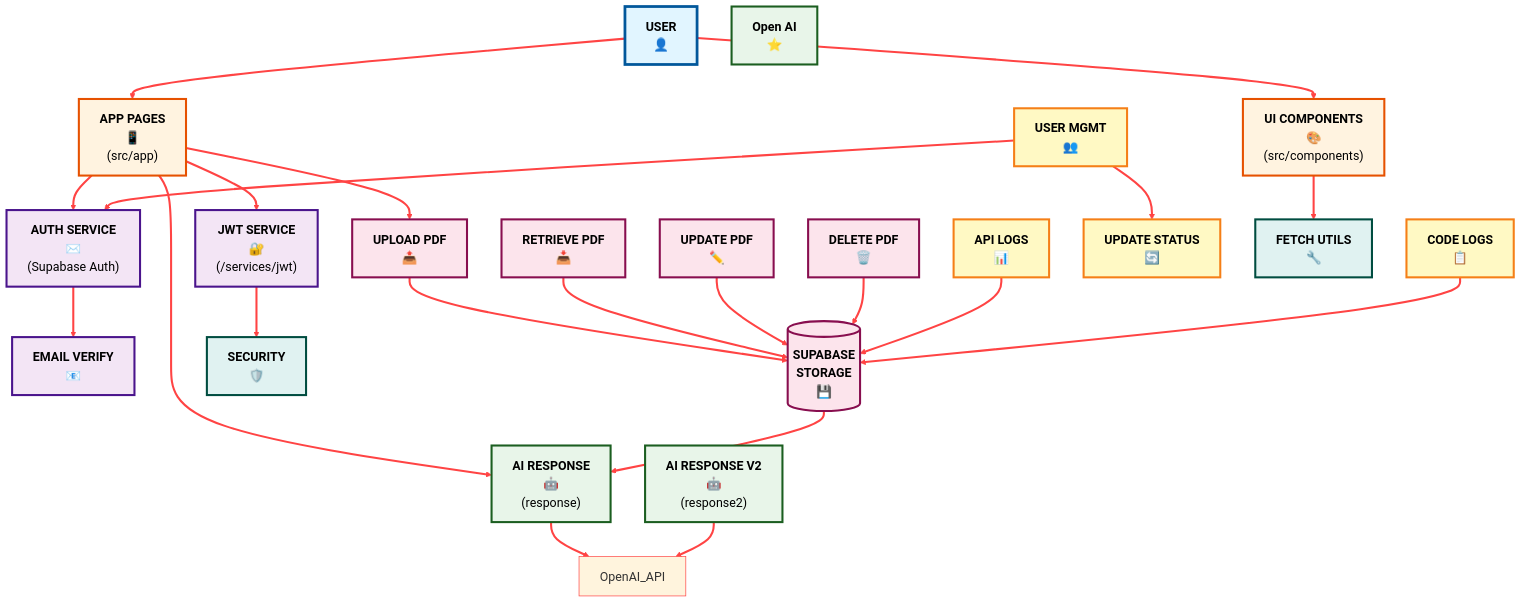
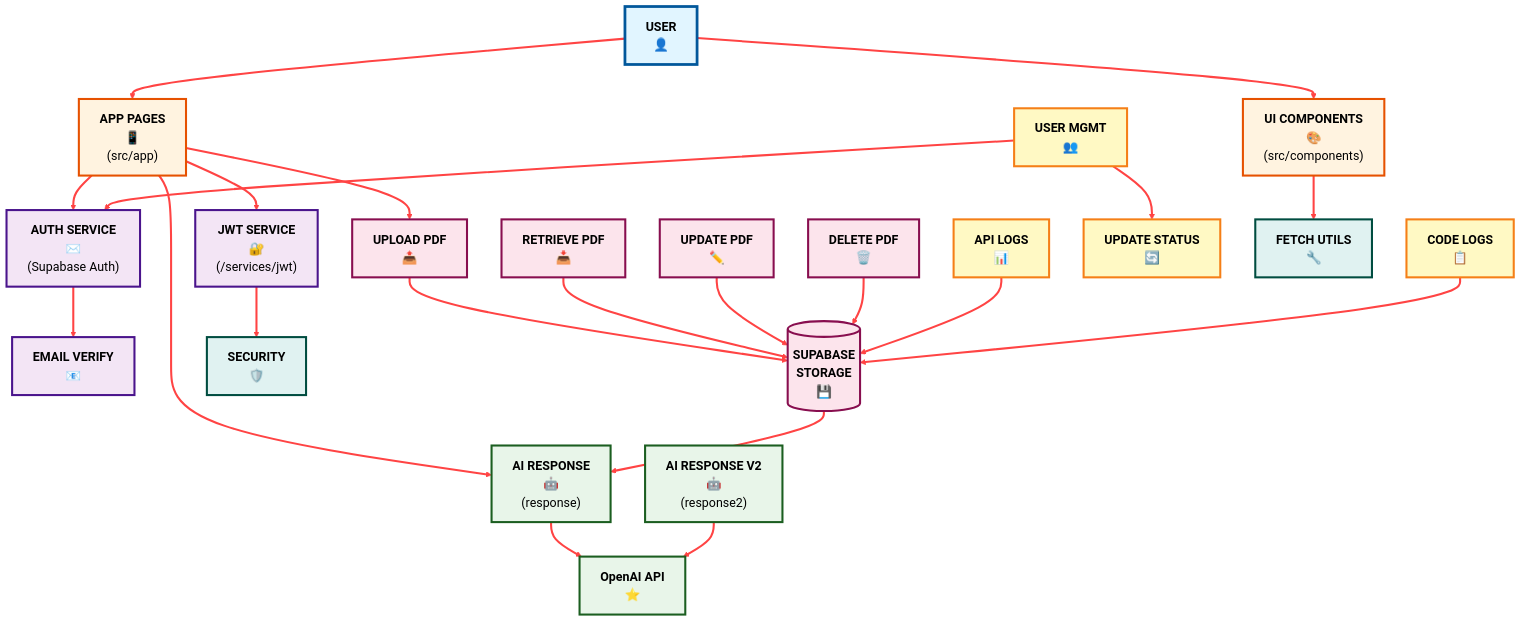
One commit to cordyStackX/lccb_ai_2 changed the first of 2 diagrams in README.md. Above: the diagram before and after it, drawn with Mermaid. The commit also changed other lines of this file and 3 other files, not shown here.

```diff
--- a/README.md
+++ b/README.md
@@ -88,7 +110,7 @@
     %% ===== AI Processing =====
     AI_Response["<b>AI RESPONSE</b><br/>🤖<br/>(response)"]
     AI_Response2["<b>AI RESPONSE V2</b><br/>🤖<br/>(response2)"]
-    Gemini_API["<b>Open AI</b><br/>⭐"]
+    OpenAI_API["<b>OpenAI API</b><br/>⭐"]
     
     %% ===== Storage Layer =====
     Upload_PDF["<b>UPLOAD PDF</b><br/>📤"]
@@ -150,7 +172,7 @@
     class User userStyle
     class UI_Pages,UI_Components uiStyle
     class JWT_Service,Auth_Service,Email_Verification authStyle
-    class AI_Response,AI_Response2,Gemini_API aiStyle
+    class AI_Response,AI_Response2,OpenAI_API aiStyle
     class Upload_PDF,Retrieve_PDF,Update_PDF,Delete_PDF,Storage storageStyle
     class Manage_User,API_Logs,Code_Logs,Update_Status adminStyle
     class Security_Helper,Fetch_Utils utilStyle
```
